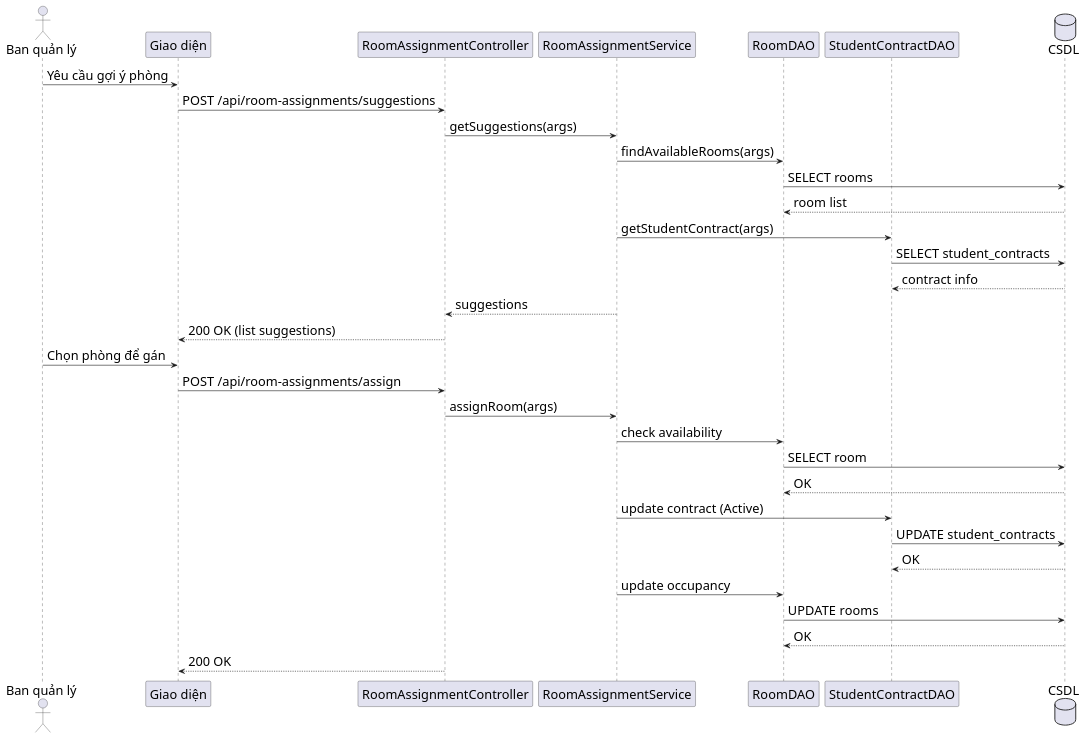
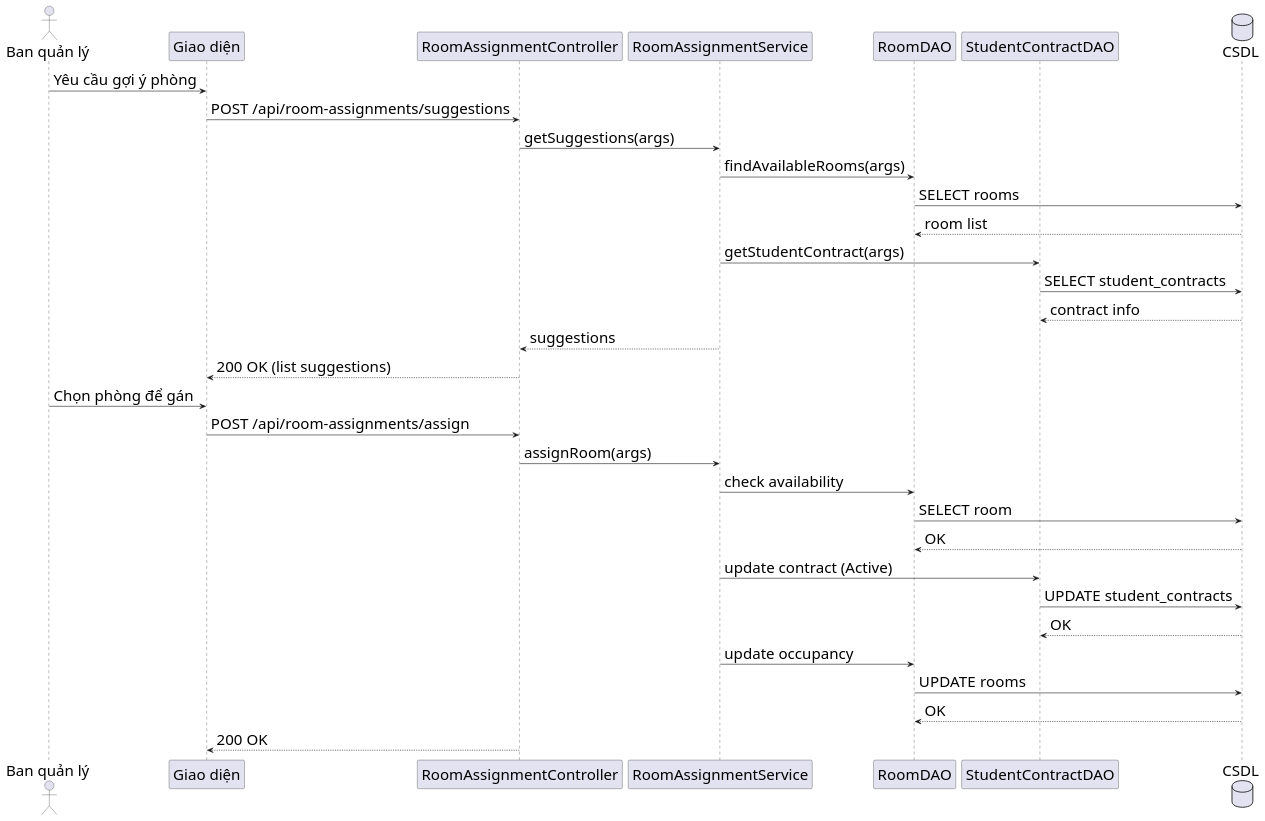
One commit to s0nbuildtech287/dormitory-frontend changed the diagram in diagrams/nhomphonghopdong/room_assignment_sequence.puml. Above: the diagram before and after it, drawn with PlantUML. The commit also changed 2 other files, not shown here.

```diff
--- a/diagrams/nhomphonghopdong/room_assignment_sequence.puml
+++ b/diagrams/nhomphonghopdong/room_assignment_sequence.puml
@@ -1,38 +1,38 @@
 @startuml "Room Assignment Sequence"
-skinparam defaultFontSize 22
+skinparam defaultFontSize 26
 skinparam defaultFontName "Times New Roman"
-skinparam sequenceMessageSize 22
+skinparam sequenceMessageSize 26
 actor "Ban quản lý" as Admin
 participant "Giao diện" as FE
 participant "RoomAssignmentController" as RAC
 participant "RoomAssignmentService" as RAS
 participant "RoomDAO" as RoomDAO
 participant "StudentContractDAO" as SCDAO
 database "CSDL" as DB
 
 Admin -> FE: Yêu cầu gợi ý phòng
 FE -> RAC: POST /api/room-assignments/suggestions
 RAC -> RAS: getSuggestions(args)
 RAS -> RoomDAO: findAvailableRooms(args)
 RoomDAO -> DB: SELECT rooms
 DB --> RoomDAO: room list
 RAS -> SCDAO: getStudentContract(args)
 SCDAO -> DB: SELECT student_contracts
 DB --> SCDAO: contract info
 RAS --> RAC: suggestions
 RAC --> FE: 200 OK (list suggestions)
 
 Admin -> FE: Chọn phòng để gán
 FE -> RAC: POST /api/room-assignments/assign
 RAC -> RAS: assignRoom(args)
 RAS -> RoomDAO: check availability
 RoomDAO -> DB: SELECT room
 DB --> RoomDAO: OK
 RAS -> SCDAO: update contract (Active)
 SCDAO -> DB: UPDATE student_contracts
 DB --> SCDAO: OK
 RAS -> RoomDAO: update occupancy
 RoomDAO -> DB: UPDATE rooms
 DB --> RoomDAO: OK
 RAC --> FE: 200 OK
 @enduml
```
